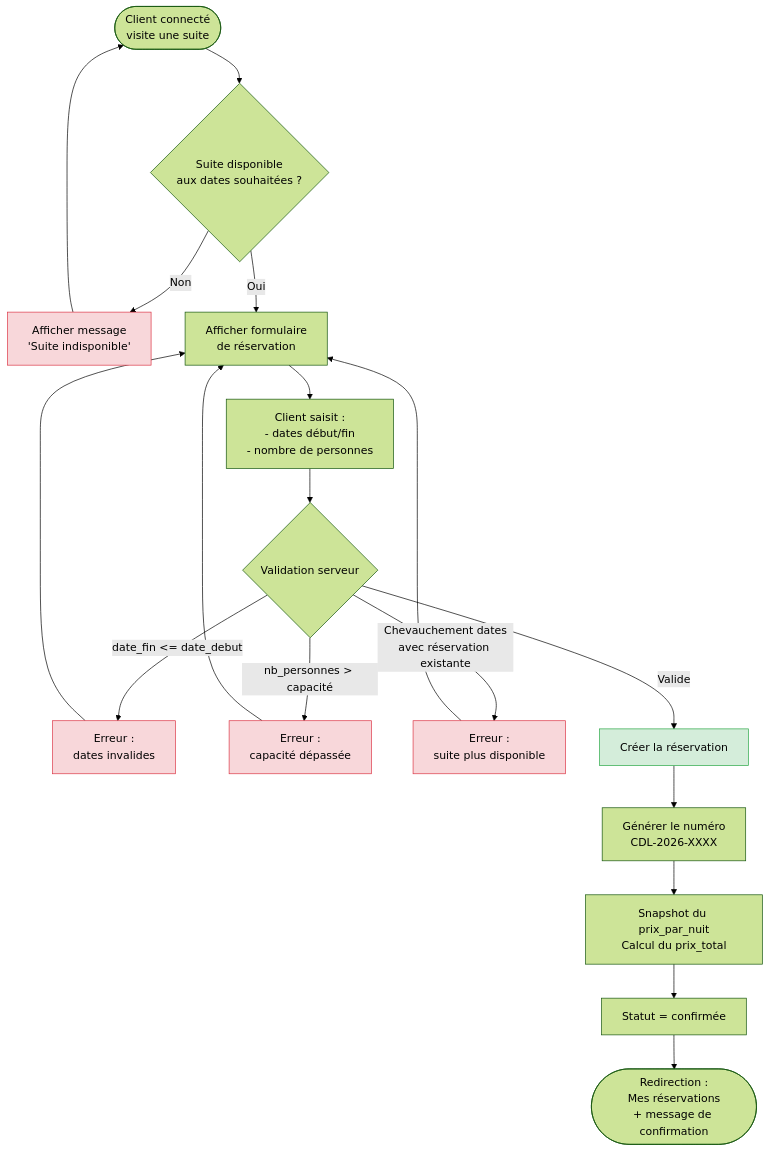
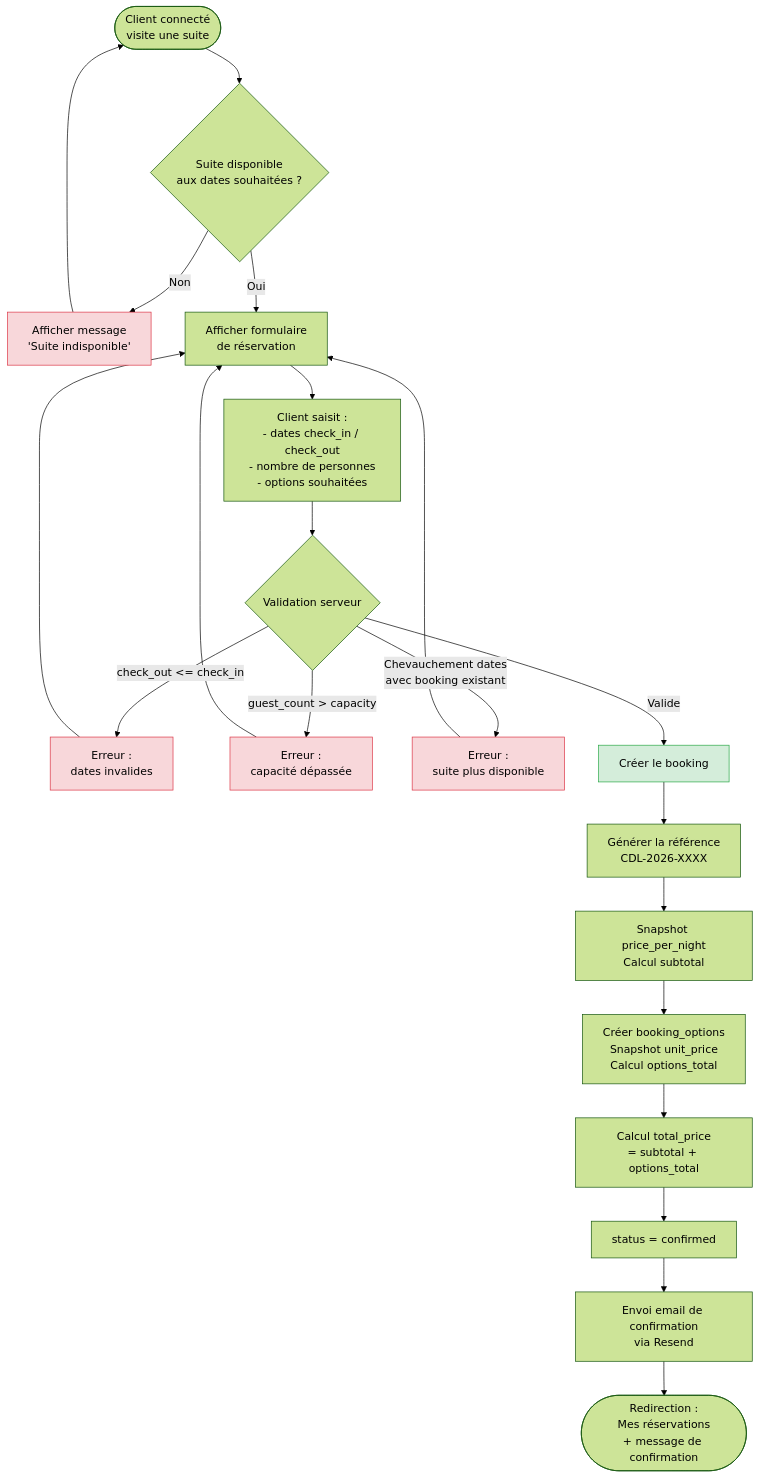
Before and after one commit to SIMPLON-DIST-CDA-260316/hotel-ab-jl-tt: the sixth of 6 diagrams in docs/merise.md, drawn with Mermaid (forest theme). The commit also changed other lines of this file and 1 other file, not shown here.

First line of the commit message:
docs: major MERISE update — bilingual naming, amenities, options, ADR

````diff
--- a/docs/merise.md
+++ b/docs/merise.md
@@ -739,32 +1015,35 @@
 ```mermaid
 flowchart TD
     A([Client connecté\nvisite une suite]) --> B{Suite disponible\naux dates souhaitées ?}
 
     B -->|Non| C[Afficher message\n'Suite indisponible']
     C --> A
 
     B -->|Oui| D[Afficher formulaire\nde réservation]
-    D --> E[Client saisit :\n- dates début/fin\n- nombre de personnes]
+    D --> E[Client saisit :\n- dates check_in / check_out\n- nombre de personnes\n- options souhaitées]
     E --> F{Validation serveur}
 
-    F -->|date_fin <= date_debut| G[Erreur :\ndates invalides]
+    F -->|check_out <= check_in| G[Erreur :\ndates invalides]
     G --> D
 
-    F -->|nb_personnes > capacité| H[Erreur :\ncapacité dépassée]
+    F -->|guest_count > capacity| H[Erreur :\ncapacité dépassée]
     H --> D
 
-    F -->|Chevauchement dates\navec réservation existante| I[Erreur :\nsuite plus disponible]
+    F -->|Chevauchement dates\navec booking existant| I[Erreur :\nsuite plus disponible]
     I --> D
 
-    F -->|Valide| J[Créer la réservation]
-    J --> K[Générer le numéro\nCDL-2026-XXXX]
-    K --> L[Snapshot du prix_par_nuit\nCalcul du prix_total]
-    L --> M[Statut = confirmée]
-    M --> N([Redirection :\nMes réservations\n+ message de confirmation])
+    F -->|Valide| J[Créer le booking]
+    J --> K[Générer la référence\nCDL-2026-XXXX]
+    K --> L[Snapshot price_per_night\nCalcul subtotal]
+    L --> L2[Créer booking_options\nSnapshot unit_price\nCalcul options_total]
+    L2 --> L3[Calcul total_price\n= subtotal + options_total]
+    L3 --> M[status = confirmed]
+    M --> M2[Envoi email de confirmation\nvia Resend]
+    M2 --> N([Redirection :\nMes réservations\n+ message de confirmation])
 
     style J fill:#d4edda,stroke:#28a745
     style C fill:#f8d7da,stroke:#dc3545
     style G fill:#f8d7da,stroke:#dc3545
     style H fill:#f8d7da,stroke:#dc3545
     style I fill:#f8d7da,stroke:#dc3545
 ```
````
